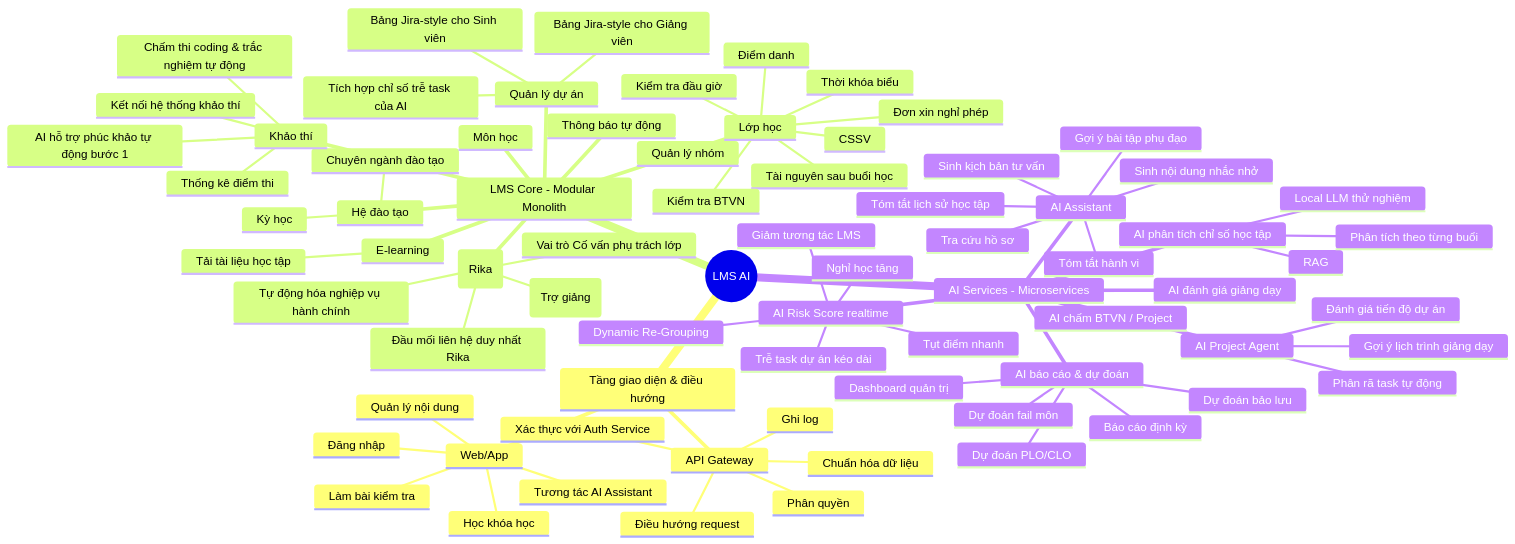
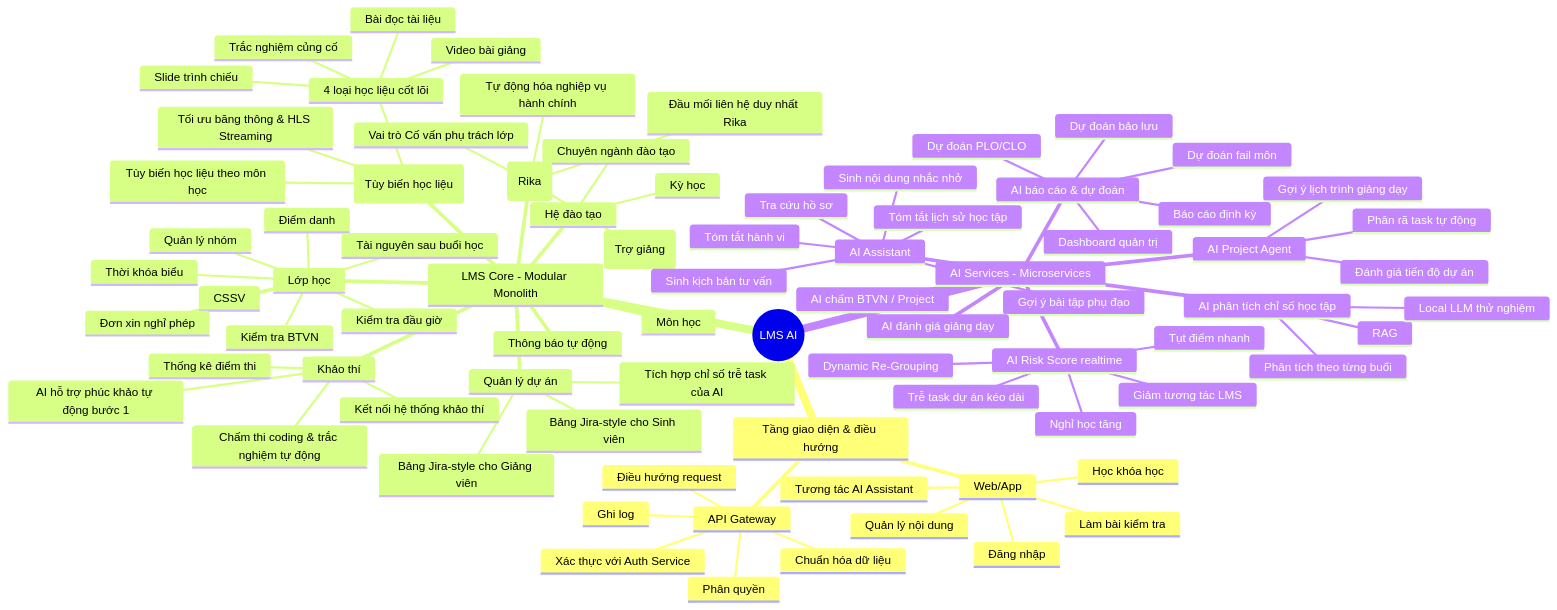
One commit to DuowngM/Bao_cao changed the second of 7 diagrams in so-do-chuc-nang-lms-ai.md. Above: the diagram before and after it, drawn with Mermaid. The commit also changed 1 other file, not shown here.

Commit message:
feat: upgrade e-learning with core formats and per-course customization

```diff
--- a/so-do-chuc-nang-lms-ai.md
+++ b/so-do-chuc-nang-lms-ai.md
@@ -91,8 +91,14 @@
         Thống kê điểm thi
         Chấm thi coding & trắc nghiệm tự động
         AI hỗ trợ phúc khảo tự động bước 1
-      E-learning
-        Tải tài liệu học tập
+      E-learning (Tùy biến học liệu)
+        4 loại học liệu cốt lõi
+          Video bài giảng
+          Bài đọc tài liệu
+          Slide trình chiếu
+          Trắc nghiệm củng cố
+        Tùy biến học liệu theo môn học
+        Tối ưu băng thông & HLS Streaming
       Thông báo tự động
       Quản lý dự án
         Bảng Jira-style cho Sinh viên
```
